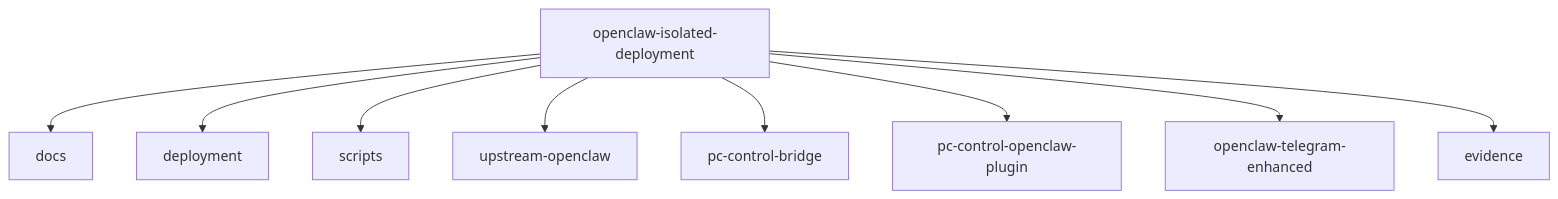
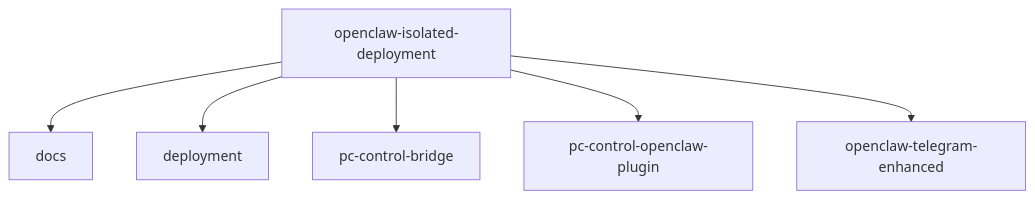
The diagram in docs/repository-map.md (mfshaf7/openclaw-isolated-deployment), drawn with Mermaid before and after one commit. The commit also changed other lines of this file and 8 other files, not shown here.

````diff
--- a/docs/repository-map.md
+++ b/docs/repository-map.md
@@ -11,12 +11,9 @@
 ```mermaid
 flowchart TD
     Root[openclaw-isolated-deployment]
     Root --> Docs[docs]
     Root --> Deploy[deployment]
-    Root --> Scripts[scripts]
-    Root --> Upstream[upstream-openclaw]
     Root --> Bridge[pc-control-bridge]
     Root --> Plugin[pc-control-openclaw-plugin]
     Root --> Telegram[openclaw-telegram-enhanced]
-    Root --> Evidence[evidence]
 ```
````
